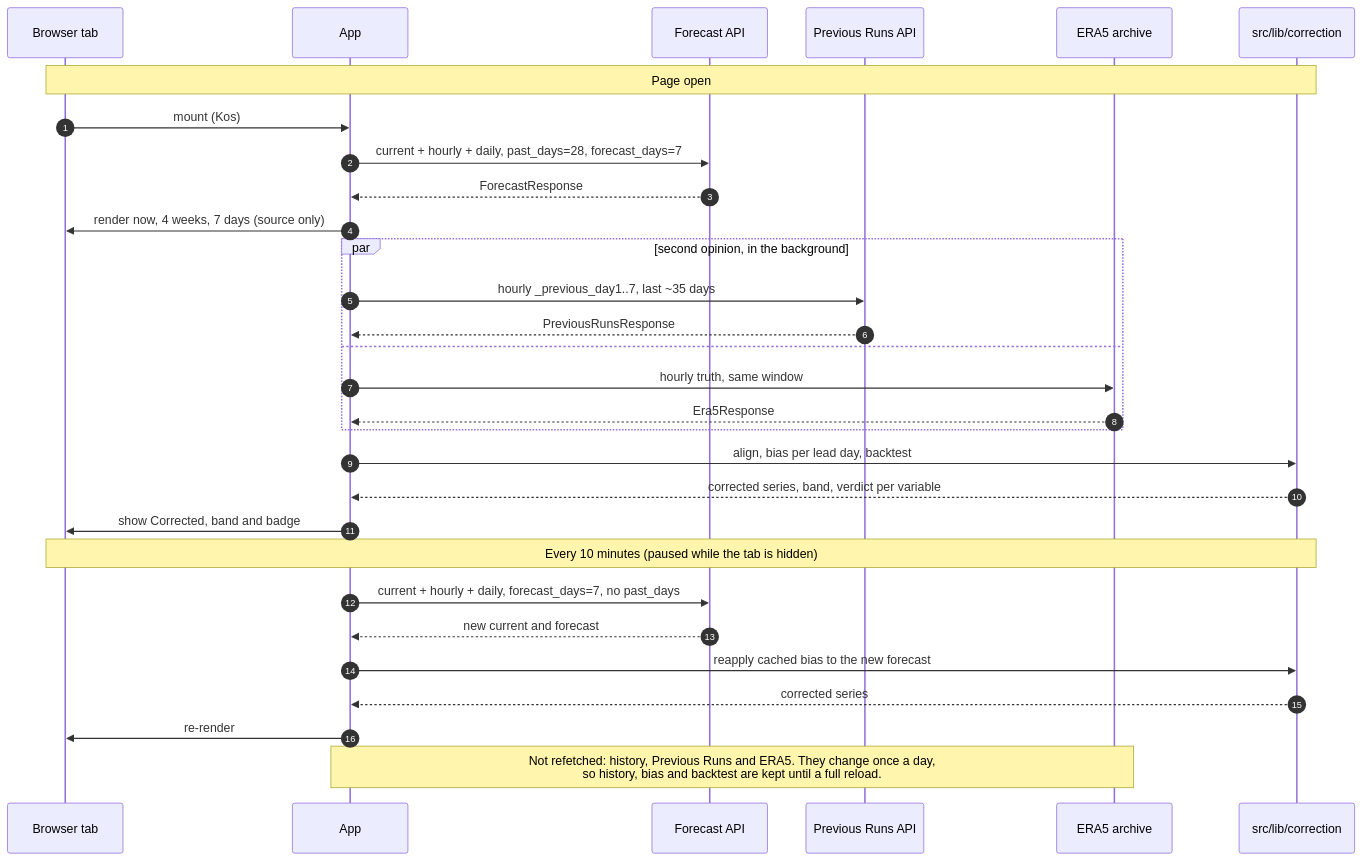
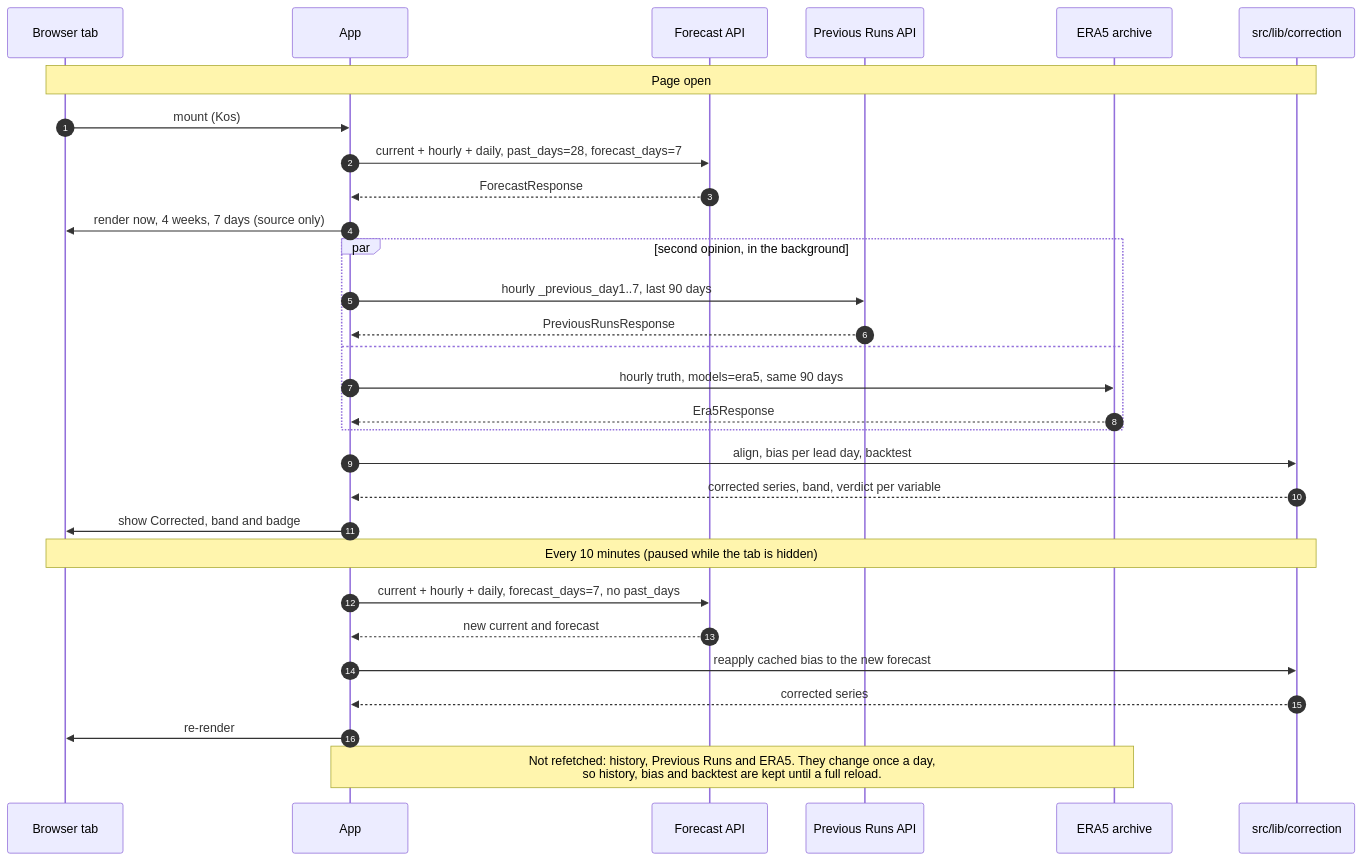
One commit to pikionis/Weather-Quick changed the second of 4 diagrams in docs/architecture.md. Above: the diagram before and after it, drawn with Mermaid. The commit also changed other lines of this file and 7 other files, not shown here.

````diff
--- a/docs/architecture.md
+++ b/docs/architecture.md
@@ -68,34 +68,34 @@
 ```mermaid
 sequenceDiagram
   autonumber
   participant U as Browser tab
   participant A as App
   participant F as Forecast API
   participant P as Previous Runs API
   participant E as ERA5 archive
   participant C as src/lib/correction
 
   Note over U,C: Page open
   U->>A: mount (Kos)
   A->>F: current + hourly + daily, past_days=28, forecast_days=7
   F-->>A: ForecastResponse
   A->>U: render now, 4 weeks, 7 days (source only)
   par second opinion, in the background
-    A->>P: hourly _previous_day1..7, last ~35 days
+    A->>P: hourly _previous_day1..7, last 90 days
     P-->>A: PreviousRunsResponse
   and
-    A->>E: hourly truth, same window
+    A->>E: hourly truth, models=era5, same 90 days
     E-->>A: Era5Response
   end
   A->>C: align, bias per lead day, backtest
   C-->>A: corrected series, band, verdict per variable
   A->>U: show Corrected, band and badge
 
   Note over U,C: Every 10 minutes (paused while the tab is hidden)
   A->>F: current + hourly + daily, forecast_days=7, no past_days
   F-->>A: new current and forecast
   A->>C: reapply cached bias to the new forecast
   C-->>A: corrected series
   A->>U: re-render
   Note over A,E: Not refetched: history, Previous Runs and ERA5. They change once a day,<br/>so history, bias and backtest are kept until a full reload.
 ```
````
